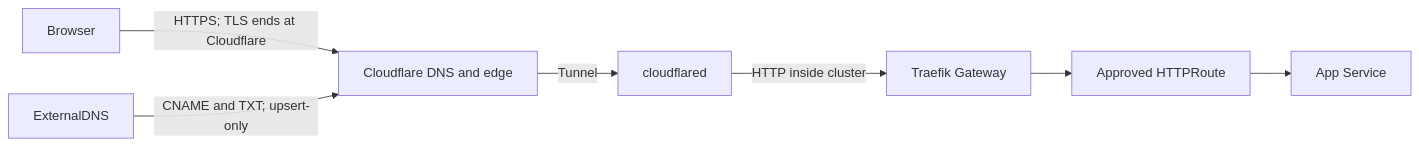
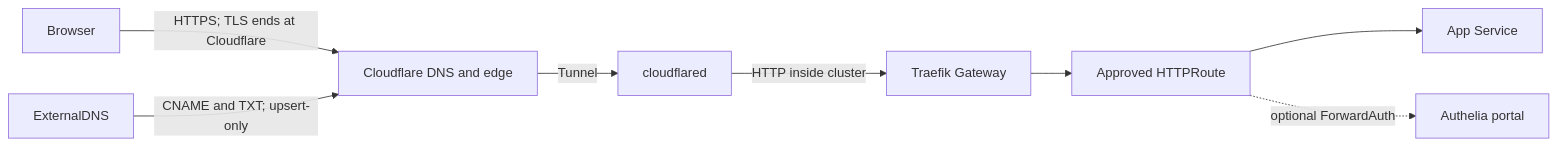
One commit to Disease-Prediction-ASET26/disease-prediction-gitops changed the third of 3 diagrams in docs/architecture.md. Above: the diagram before and after it, drawn with Mermaid. The commit also changed other lines of this file and 36 other files, not shown here.

````diff
--- a/docs/architecture.md
+++ b/docs/architecture.md
@@ -42,9 +44,10 @@
 ```mermaid
 flowchart LR
   browser[Browser] -->|HTTPS; TLS ends at Cloudflare| cf[Cloudflare DNS and edge]
   cf -->|Tunnel| tunnel[cloudflared]
   tunnel -->|HTTP inside cluster| traefik[Traefik Gateway]
   traefik --> route[Approved HTTPRoute]
   route --> service[App Service]
+  route -. optional ForwardAuth .-> authelia[Authelia portal]
   extdns[ExternalDNS] -->|CNAME and TXT; upsert-only| cf
 ```
````
